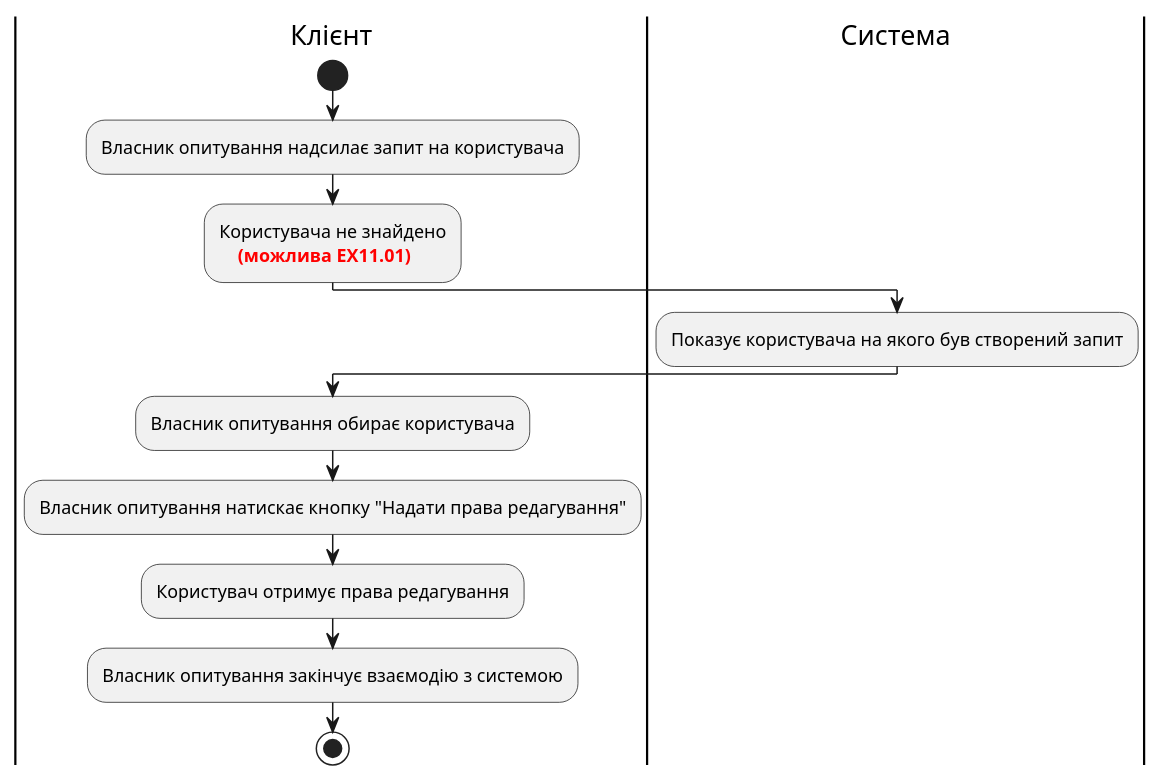
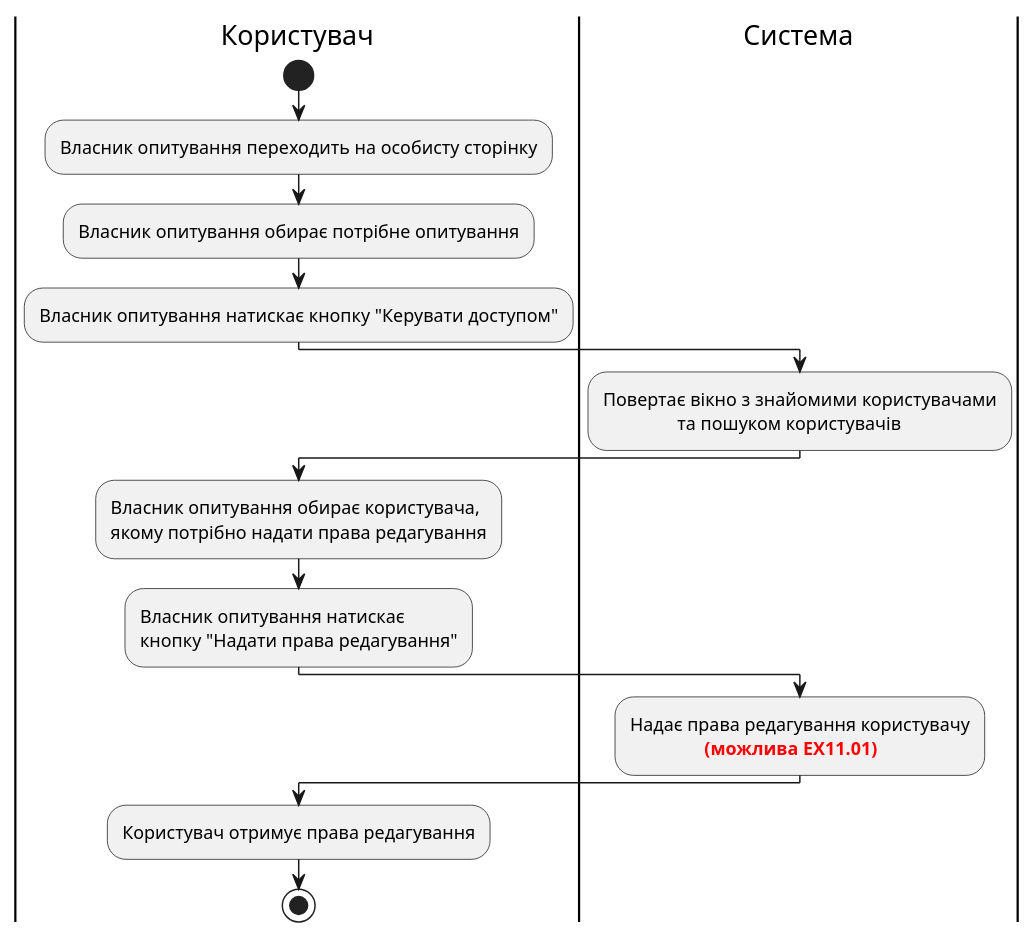
Diagram 15 of 16 in docs/use cases/README.md (edu-db/edu_db_labs), drawn with PlantUML before and after one commit. The commit also changed other lines of this file, not shown here.

```diff
--- a/docs/use cases/README.md
+++ b/docs/use cases/README.md
@@ -470,19 +468,23 @@
 @startuml
 
-|Клієнт|
+|Користувач|
 start;
-:Власник опитування надсилає запит на користувача;
-:Користувача не знайдено\n    <font color="red"><b>(можлива ЕХ11.01);
+:Власник опитування переходить на особисту сторінку;
+:Власник опитування обирає потрібне опитування;
+:Власник опитування натискає кнопку "Керувати доступом";
 
 |Система|
-:Показує користувача на якого був створений запит;
+:Повертає вікно з знайомими користувачами\n\t\tта пошуком користувачів;
 
-|Клієнт|
-:Власник опитування обирає користувача;
-:Власник опитування натискає кнопку "Надати права редагування";
+|Користувач|
+:Власник опитування обирає користувача,\nякому потрібно надати права редагування;
+:Власник опитування натискає\nкнопку "Надати права редагування";
+
+|Система|
+:Надає права редагування користувачу\n\t\t<font color="red"><b>(можлива ЕХ11.01);
+
+|Користувач|
 :Користувач отримує права редагування;
-:Власник опитування закінчує взаємодію з системою;
-
 stop;
 
 @enduml
```
